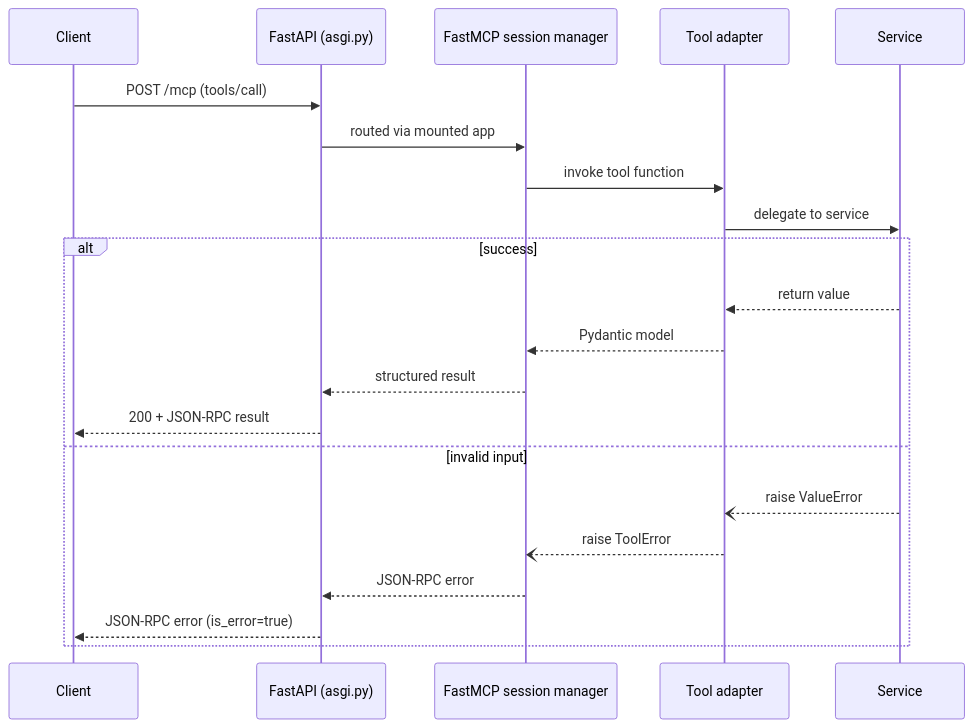
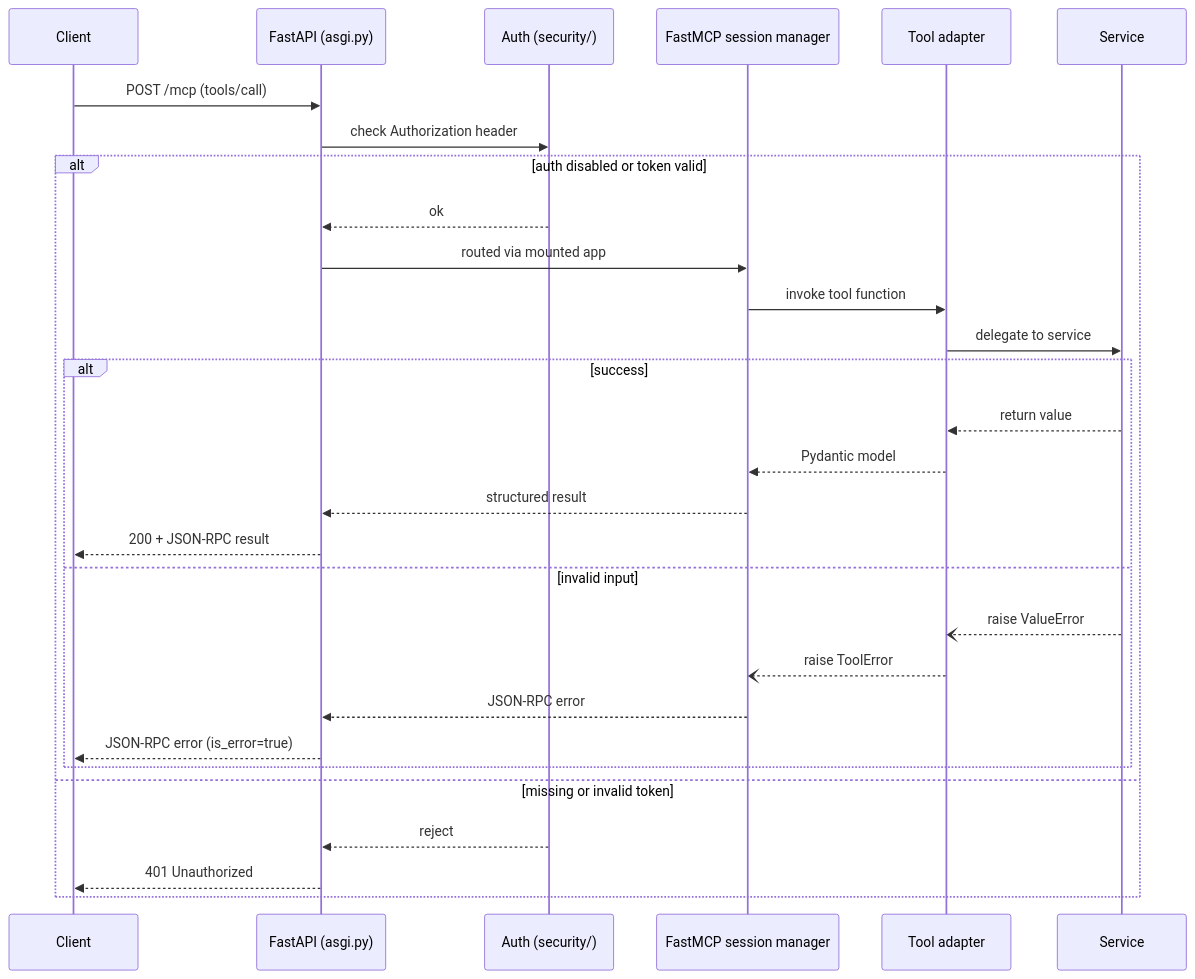
The second of 3 diagrams in README.md (Kartik281204/MCP-Tool-Server), drawn with Mermaid before and after one commit. The commit also changed other lines of this file and 11 other files, not shown here.

````diff
--- a/README.md
+++ b/README.md
@@ -127,24 +136,32 @@
 ```mermaid
 sequenceDiagram
     participant C as Client
     participant F as FastAPI (asgi.py)
+    participant Auth as Auth (security/)
     participant M as FastMCP session manager
     participant T as Tool adapter
     participant S as Service
 
     C->>F: POST /mcp (tools/call)
-    F->>M: routed via mounted app
-    M->>T: invoke tool function
-    T->>S: delegate to service
-    alt success
-        S-->>T: return value
-        T-->>M: Pydantic model
-        M-->>F: structured result
-        F-->>C: 200 + JSON-RPC result
-    else invalid input
-        S--)T: raise ValueError
-        T--)M: raise ToolError
-        M-->>F: JSON-RPC error
-        F-->>C: JSON-RPC error (is_error=true)
+    F->>Auth: check Authorization header
+    alt auth disabled or token valid
+        Auth-->>F: ok
+        F->>M: routed via mounted app
+        M->>T: invoke tool function
+        T->>S: delegate to service
+        alt success
+            S-->>T: return value
+            T-->>M: Pydantic model
+            M-->>F: structured result
+            F-->>C: 200 + JSON-RPC result
+        else invalid input
+            S--)T: raise ValueError
+            T--)M: raise ToolError
+            M-->>F: JSON-RPC error
+            F-->>C: JSON-RPC error (is_error=true)
+        end
+    else missing or invalid token
+        Auth-->>F: reject
+        F-->>C: 401 Unauthorized
     end
 ```
````
